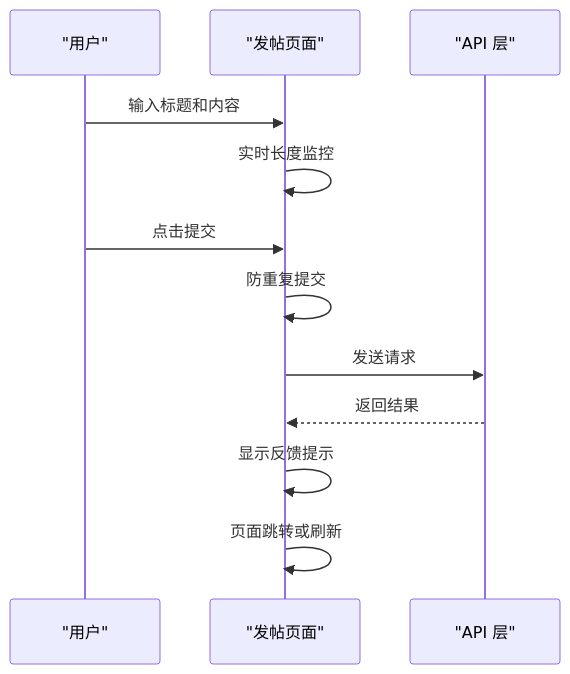
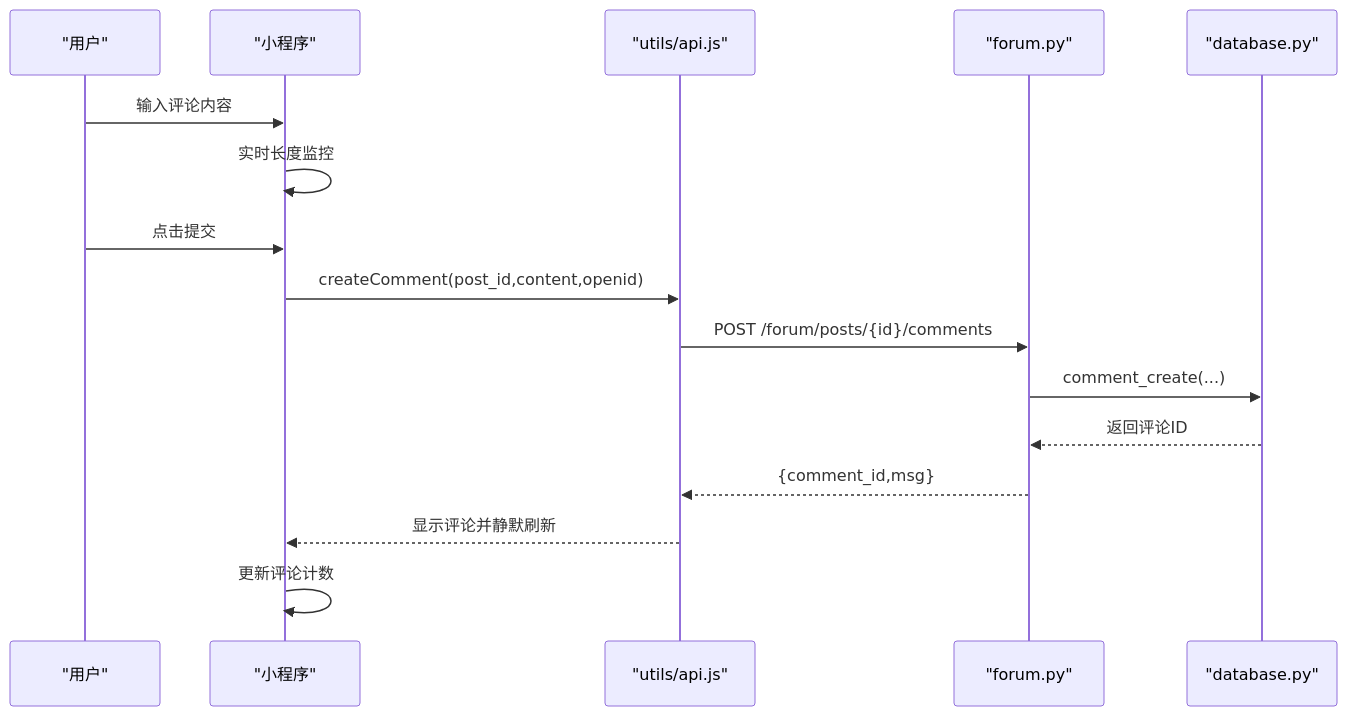
Before and after one commit to jianai0330/Fast-F1: the fourth of 12 diagrams in .qoder/repowiki/zh/content/内容管理系统/论坛系统.md, drawn with Mermaid. The commit also changed other lines of this file and 3 other files, not shown here.

````diff
--- a/.qoder/repowiki/zh/content/内容管理系统/论坛系统.md
+++ b/.qoder/repowiki/zh/content/内容管理系统/论坛系统.md
@@ -236,14 +241,18 @@
 ```mermaid
 sequenceDiagram
 participant 用户 as "用户"
-participant 发帖页面 as "发帖页面"
-participant API as "API 层"
-用户->>发帖页面 : 输入标题和内容
-发帖页面->>发帖页面 : 实时长度监控
-用户->>发帖页面 : 点击提交
-发帖页面->>发帖页面 : 防重复提交
-发帖页面->>API : 发送请求
-API-->>发帖页面 : 返回结果
-发帖页面->>发帖页面 : 显示反馈提示
-发帖页面->>发帖页面 : 页面跳转或刷新
+participant 小程序 as "小程序"
+participant API as "utils/api.js"
+participant 后端 as "forum.py"
+participant DB as "database.py"
+用户->>小程序 : 输入评论内容
+小程序->>小程序 : 实时长度监控
+用户->>小程序 : 点击提交
+小程序->>API : createComment(post_id,content,openid)
+API->>后端 : POST /forum/posts/{id}/comments
+后端->>DB : comment_create(...)
+DB-->>后端 : 返回评论ID
+后端-->>API : {comment_id,msg}
+API-->>小程序 : 显示评论并静默刷新
+小程序->>小程序 : 更新评论计数
 ```
````
